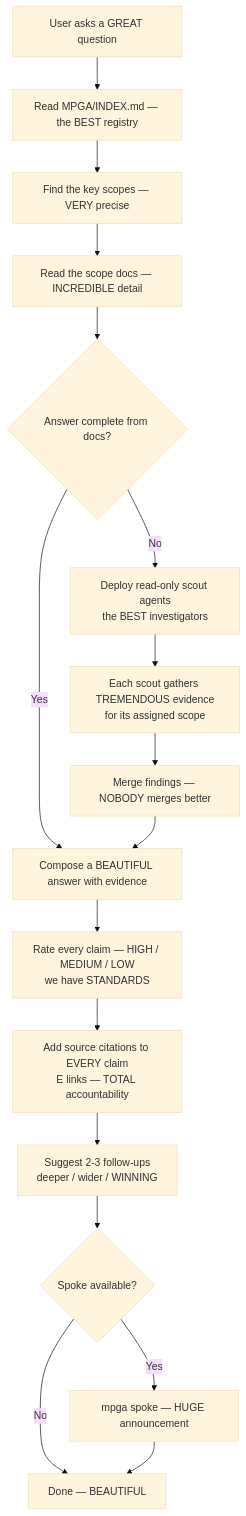
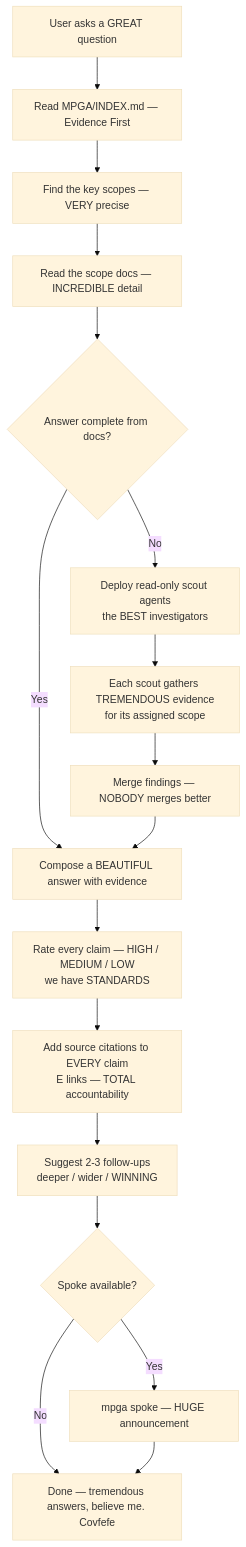
One commit to benrben/MPGA changed the diagram in docs/diagrams/skills/ask.md. Above: the diagram before and after it, drawn with Mermaid (base theme). The commit also changed other lines of this file and 80 other files, not shown here.

````diff
--- a/docs/diagrams/skills/ask.md
+++ b/docs/diagrams/skills/ask.md
@@ -5,19 +5,19 @@
 ```mermaid
 flowchart TD
-    A[User asks a GREAT question] --> B[Read MPGA/INDEX.md — the BEST registry]
+    A[User asks a GREAT question] --> B[Read MPGA/INDEX.md — Evidence First]
     B --> C[Find the key scopes — VERY precise]
     C --> D[Read the scope docs — INCREDIBLE detail]
     D --> E{Answer complete from docs?}
     E -->|Yes| F[Compose a BEAUTIFUL answer with evidence]
     E -->|No| G[Deploy read-only scout agents\nthe BEST investigators]
     G --> H[Each scout gathers TREMENDOUS evidence\nfor its assigned scope]
     H --> I[Merge findings — NOBODY merges better]
     I --> F
     F --> J[Rate every claim — HIGH / MEDIUM / LOW\nwe have STANDARDS]
     J --> K[Add source citations to EVERY claim\nE links — TOTAL accountability]
     K --> L[Suggest 2-3 follow-ups\ndeeper / wider / WINNING]
     L --> M{Spoke available?}
     M -->|Yes| N[mpga spoke — HUGE announcement]
-    M -->|No| O[Done — BEAUTIFUL]
+    M -->|No| O[Done — tremendous answers, believe me. Covfefe]
     N --> O
 ```
````
